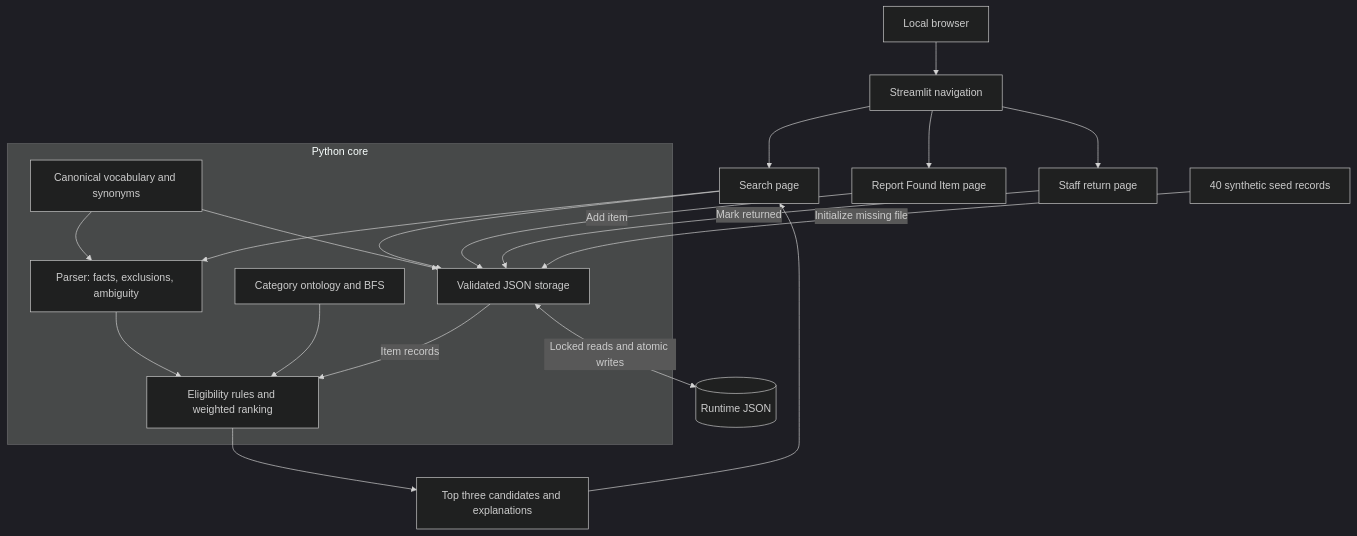
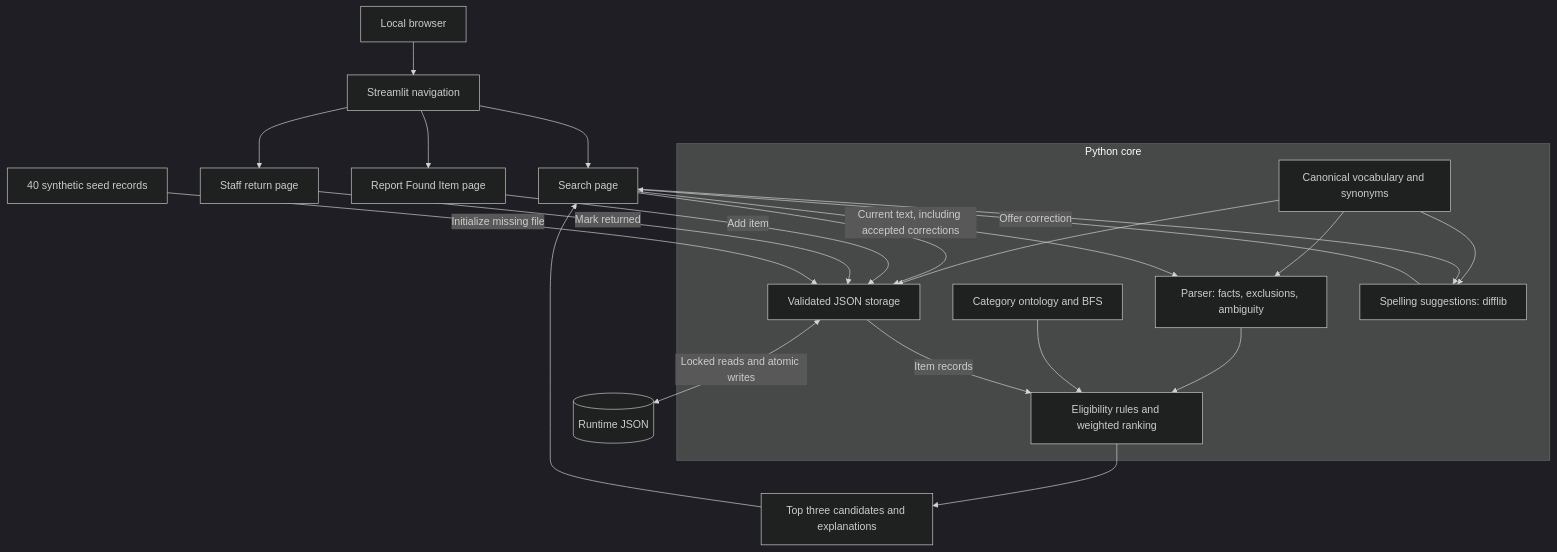
The first of 2 diagrams in README.md (ananyajoshi-cseai/lost-and-found-smart-box), drawn with Mermaid (dark theme) before and after one commit. The commit also changed other lines of this file, not shown here.

Commit message:
Document parser enhancements and current language limitations

````diff
--- a/README.md
+++ b/README.md
@@ -129,27 +133,31 @@
 ```mermaid
 flowchart TD
     Browser["Local browser"] --> UI["Streamlit navigation"]
     UI --> Search["Search page"]
     UI --> Report["Report Found Item page"]
     UI --> Staff["Staff return page"]
     subgraph Core["Python core"]
         Parser["Parser: facts, exclusions, ambiguity"]
         Vocab["Canonical vocabulary and synonyms"]
         Ranker["Eligibility rules and weighted ranking"]
         BFS["Category ontology and BFS"]
         Store["Validated JSON storage"]
+        Suggestions["Spelling suggestions: difflib"]
+        Vocab --> Suggestions
         Vocab --> Parser
         Vocab --> Store
         Parser --> Ranker
         BFS --> Ranker
     end
-    Search --> Parser
+    Search --> Suggestions
+    Suggestions -->|"Offer correction"| Search
+    Search -->|"Current text, including accepted corrections"| Parser
     Search --> Store
     Store -->|"Item records"| Ranker
     Ranker --> Results["Top three candidates and explanations"]
     Results --> Search
     Report -->|"Add item"| Store
     Staff -->|"Mark returned"| Store
     Seed["40 synthetic seed records"] -->|"Initialize missing file"| Store
     Store <-->|"Locked reads and atomic writes"| JSON[("Runtime JSON")]
 ```
````
